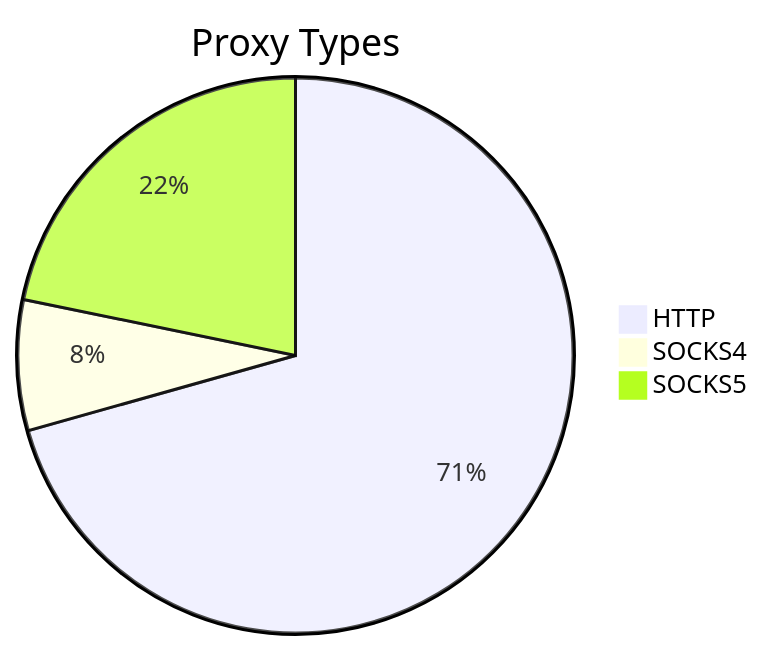
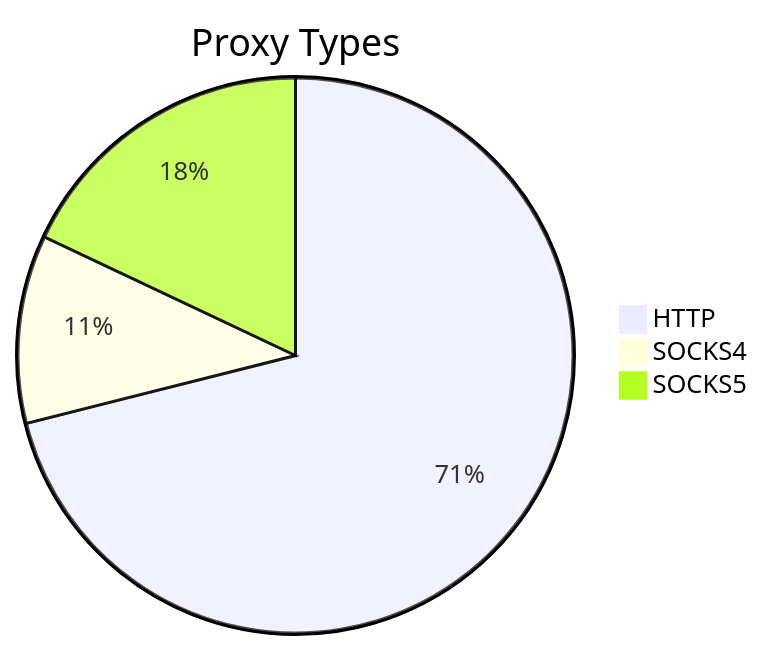
One commit to stormsia/proxy-list changed the first of 2 diagrams in README.md. Above: the diagram before and after it, drawn with Mermaid. The commit also changed other lines of this file, not shown here.

````diff
--- a/README.md
+++ b/README.md
@@ -21,6 +21,6 @@
 ```mermaid
 pie title Proxy Types
-    "HTTP" : 344
-    "SOCKS4" : 37
-    "SOCKS5" : 106
+    "HTTP" : 506
+    "SOCKS4" : 78
+    "SOCKS5" : 128
 ```
````
